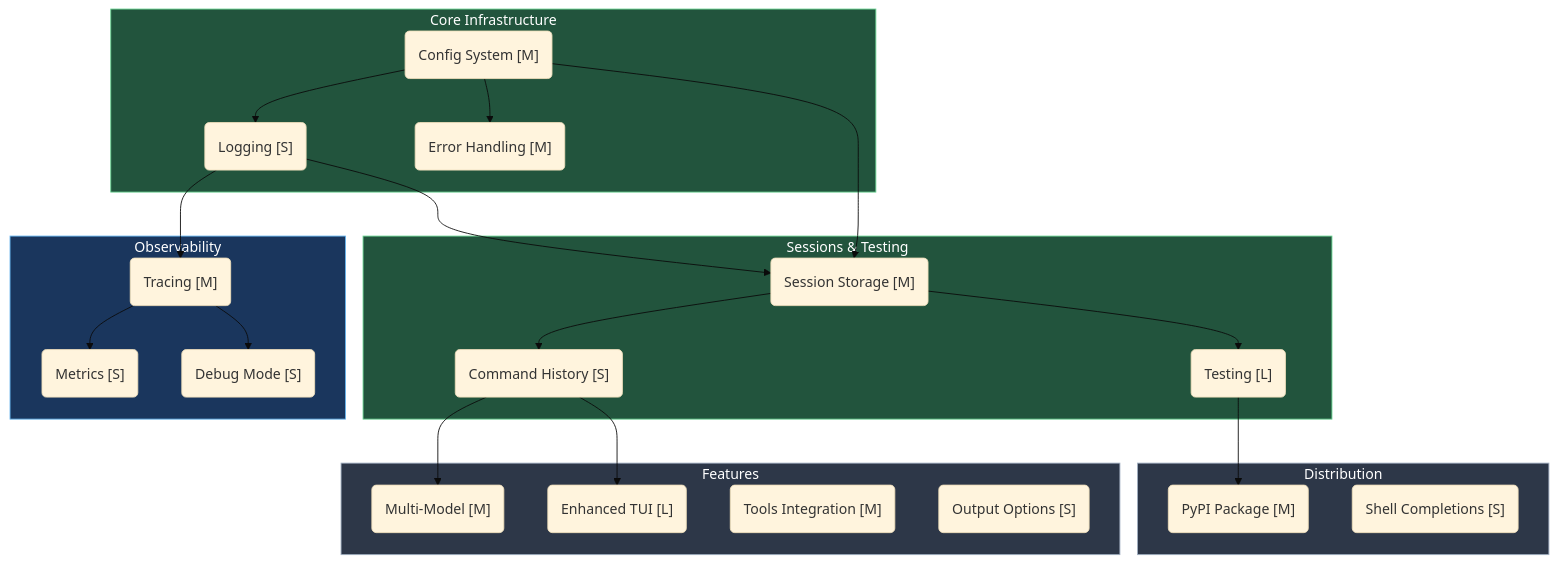
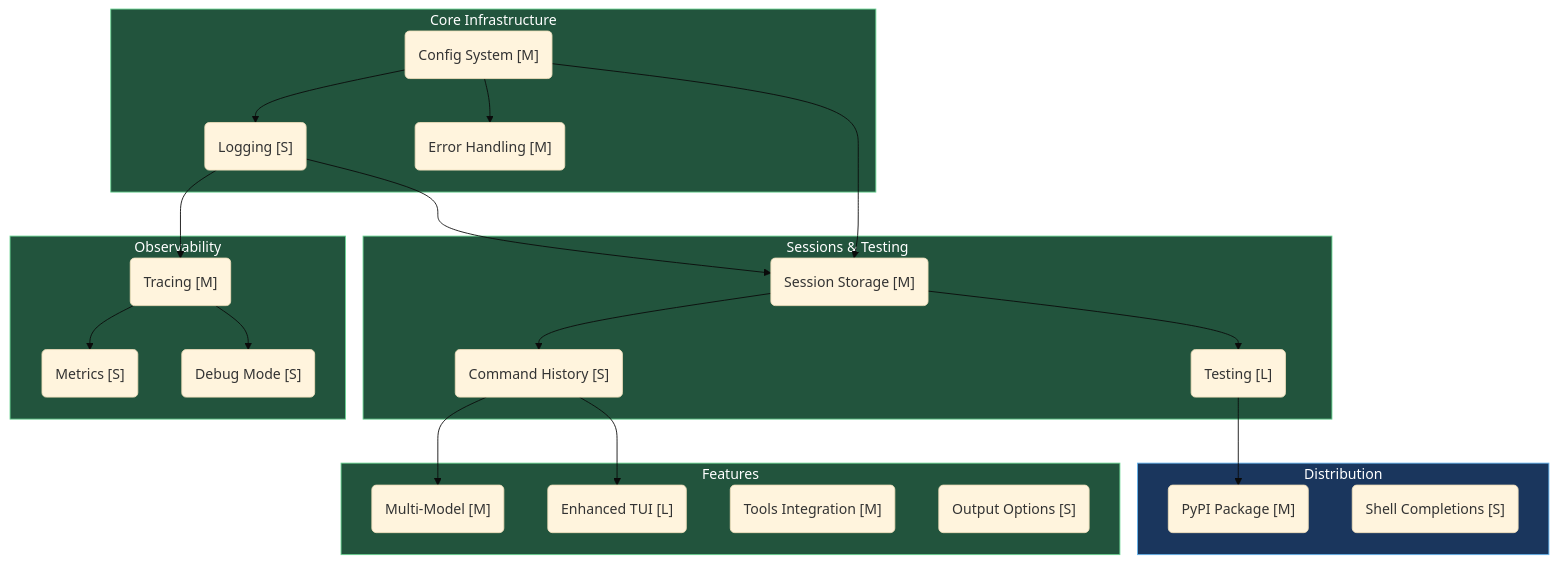
The first of 8 diagrams in ROADMAP.md (Miguel-EpicJS/ash-cli), drawn with Mermaid (base theme) before and after one commit. The commit also changed other lines of this file, not shown here.

Commit message:
docs: finalize roadmap for v1.0.0-rc1

````diff
--- a/ROADMAP.md
+++ b/ROADMAP.md
@@ -27,51 +27,51 @@
 ```mermaid
 flowchart TD
     subgraph Core["Core Infrastructure"]
         config("Config System [M]")
         logging("Logging [S]")
         error("Error Handling [M]")
     end
 
     subgraph Sessions["Sessions & Testing"]
         sessions("Session Storage [M]")
         history("Command History [S]")
         testing("Testing [L]")
     end
 
     subgraph Features["Features"]
         multimodel("Multi-Model [M]")
         tui("Enhanced TUI [L]")
         tools("Tools Integration [M]")
         output("Output Options [S]")
     end
 
     subgraph Observability["Observability"]
         tracing("Tracing [M]")
         metrics("Metrics [S]")
         debug("Debug Mode [S]")
     end
 
     subgraph Distribution["Distribution"]
         pypi("PyPI Package [M]")
         completions("Shell Completions [S]")
     end
 
     logging --> tracing
     config --> logging
     config --> error
     config --> sessions
     logging --> sessions
     sessions --> history
     sessions --> testing
     history --> multimodel
     history --> tui
     tracing --> metrics
     tracing --> debug
     testing --> pypi
 
     style Core fill:#22543d,stroke:#68d391,color:#fff
     style Sessions fill:#22543d,stroke:#68d391,color:#fff
-    style Features fill:#2d3748,stroke:#a0aec0,color:#fff
-    style Observability fill:#1a365d,stroke:#63b3ed,color:#fff
-    style Distribution fill:#2d3748,stroke:#a0aec0,color:#fff
+    style Features fill:#22543d,stroke:#68d391,color:#fff
+    style Observability fill:#22543d,stroke:#68d391,color:#fff
+    style Distribution fill:#1a365d,stroke:#63b3ed,color:#fff
 ```
````
